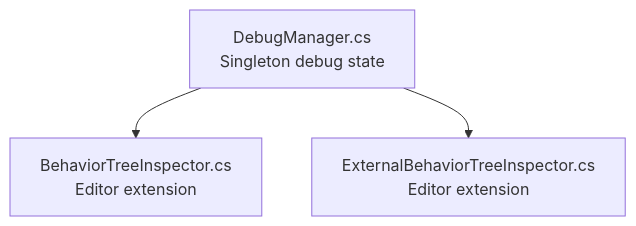
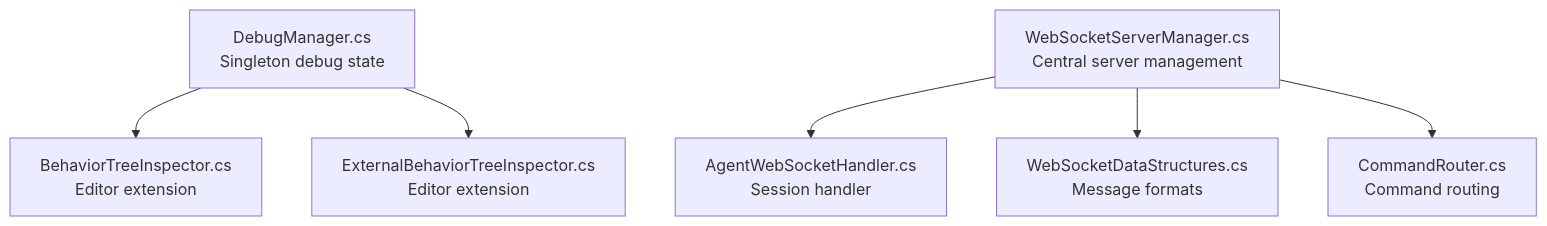
Before and after one commit to kandeng/AI-Controlled-battle-game: the second of 7 diagrams in .qoder/repowiki/en/content/Development Tools & Utilities.md, drawn with Mermaid. The commit also changed other lines of this file and 76 other files, not shown here.

````diff
--- a/.qoder/repowiki/en/content/Development Tools & Utilities.md
+++ b/.qoder/repowiki/en/content/Development Tools & Utilities.md
@@ -90,8 +125,15 @@
 ```mermaid
 graph TB
 DM["DebugManager.cs<br/>Singleton debug state"]
 BTI["BehaviorTreeInspector.cs<br/>Editor extension"]
 EBTI["ExternalBehaviorTreeInspector.cs<br/>Editor extension"]
+WSM["WebSocketServerManager.cs<br/>Central server management"]
+AWSH["AgentWebSocketHandler.cs<br/>Session handler"]
+WSDS["WebSocketDataStructures.cs<br/>Message formats"]
+CR["CommandRouter.cs<br/>Command routing"]
 DM --> BTI
 DM --> EBTI
+WSM --> AWSH
+WSM --> WSDS
+WSM --> CR
 ```
````
